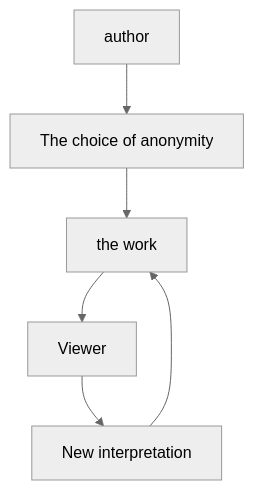
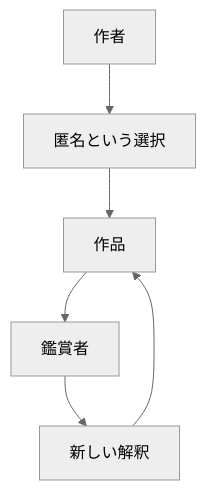
One commit to monumental-movement/monumental-movement.github.io changed the ninth of 9 diagrams in en/_posts/2026-07-07-column-angine-de-poitrine-caroliner-rubber-o-cement.md. Above: the diagram before and after it, drawn with Mermaid (neutral theme). The commit also changed other lines of this file and 2196 other files, not shown here.

```diff
--- a/en/_posts/2026-07-07-column-angine-de-poitrine-caroliner-rubber-o-cement.md
+++ b/en/_posts/2026-07-07-column-angine-de-poitrine-caroliner-rubber-o-cement.md
@@ -931,16 +930,16 @@
 <div class="mermaid">
 flowchart TD
 
-A["author"]
-B["The choice of anonymity"]
-C["the work"]
-D["Viewer"]
-E["New interpretation"]
+A["作者"]
+B["匿名という選択"]
+C["作品"]
+D["鑑賞者"]
+E["新しい解釈"]
 
 A --> B
 B --> C
 C --> D
 D --> E
 E --> C
 
 </div>
```
